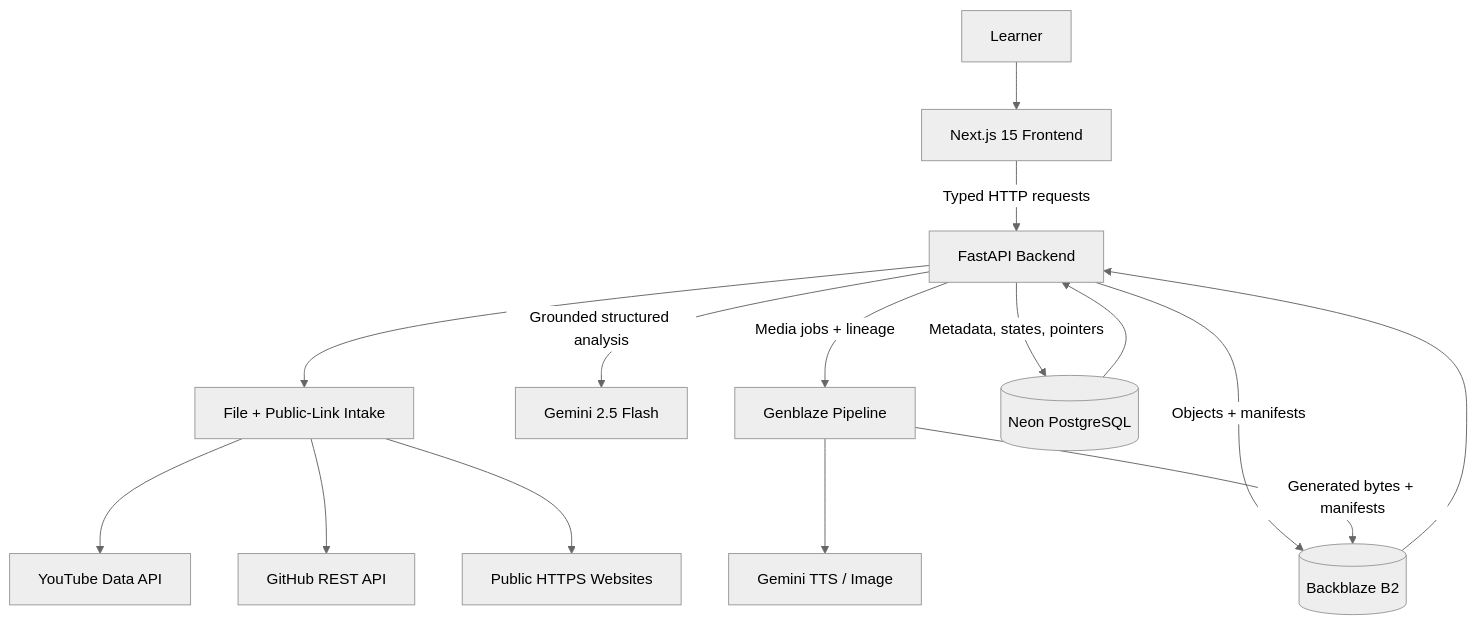
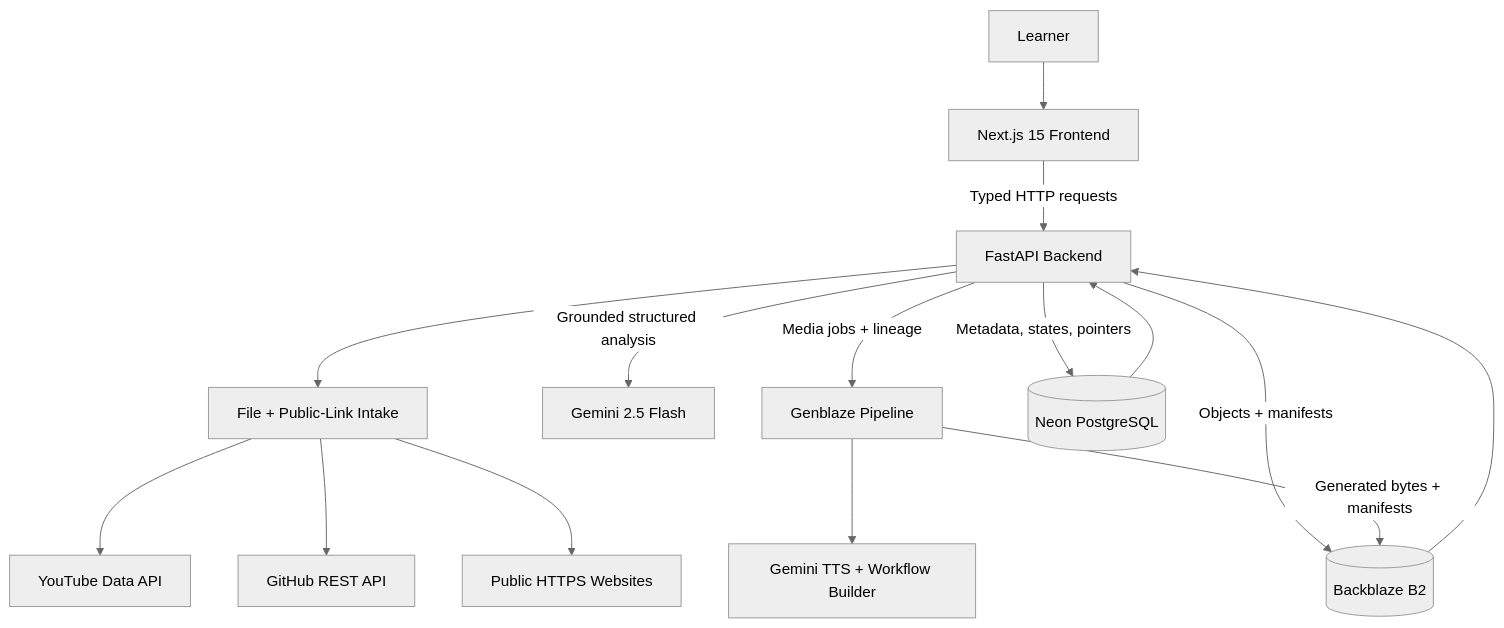
Before and after one commit to Sharon33A/zerobacklog: the second of 2 diagrams in README.md, drawn with Mermaid (neutral theme). The commit also changed other lines of this file and 21 other files, not shown here.

````diff
--- a/README.md
+++ b/README.md
@@ -87,20 +88,20 @@
 ```mermaid
 flowchart TB
     learner["Learner"] --> frontend["Next.js 15 Frontend"]
     frontend -->|"Typed HTTP requests"| api["FastAPI Backend"]
 
     api --> intake["File + Public-Link Intake"]
     intake --> youtube["YouTube Data API"]
     intake --> github["GitHub REST API"]
     intake --> web["Public HTTPS Websites"]
 
     api -->|"Grounded structured analysis"| gemini["Gemini 2.5 Flash"]
     api -->|"Media jobs + lineage"| genblaze["Genblaze Pipeline"]
-    genblaze --> mediaModels["Gemini TTS / Image"]
+    genblaze --> mediaModels["Gemini TTS + Workflow Builder"]
 
     api -->|"Metadata, states, pointers"| neon[("Neon PostgreSQL")]
     neon --> api
     api -->|"Objects + manifests"| b2[("Backblaze B2")]
     b2 --> api
     genblaze -->|"Generated bytes + manifests"| b2
 ```
````
